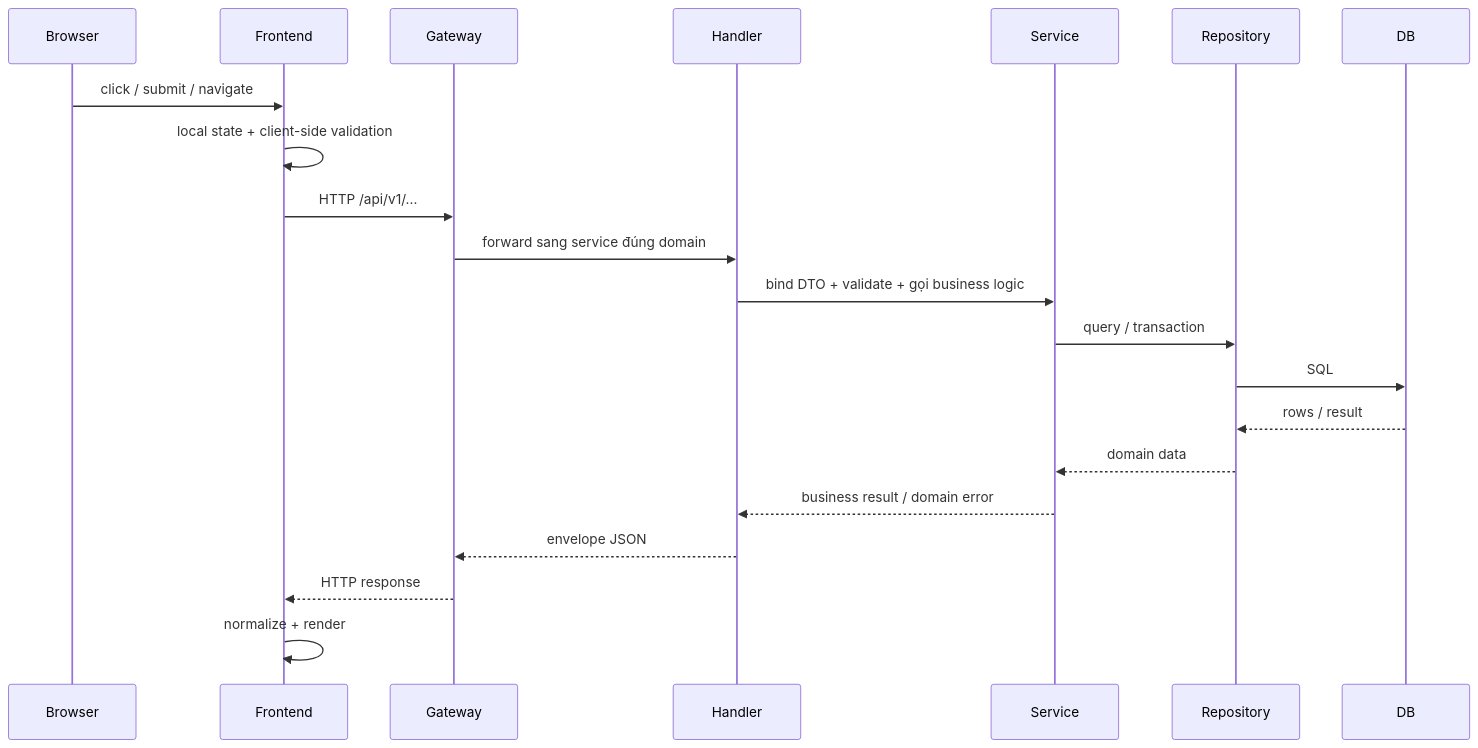
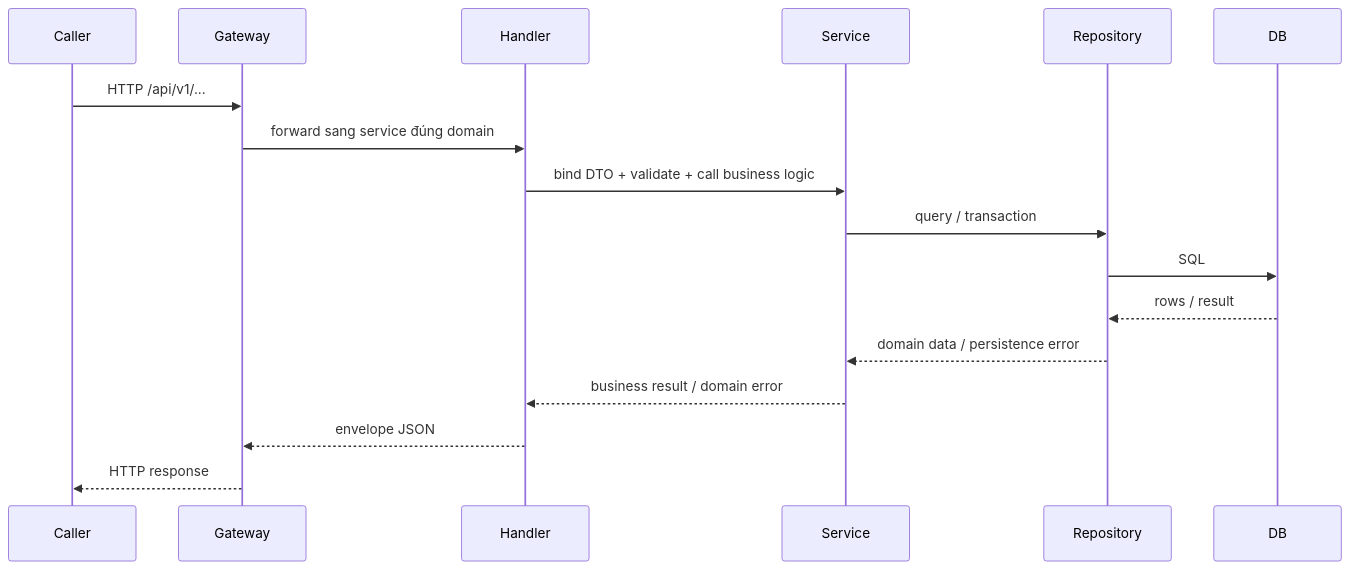
The second of 3 diagrams in LOGIC_FLOW.md (NguyenDung278/E-CommerceMicroservicesPlatform), drawn with Mermaid before and after one commit. The commit also changed other lines of this file and 7 other files, not shown here.

````diff
--- a/LOGIC_FLOW.md
+++ b/LOGIC_FLOW.md
@@ -131,24 +90,20 @@
 ```mermaid
 sequenceDiagram
-    participant Browser
-    participant Frontend
+    participant Caller
     participant Gateway
     participant Handler
     participant Service
     participant Repository
     participant DB
 
-    Browser->>Frontend: click / submit / navigate
-    Frontend->>Frontend: local state + client-side validation
-    Frontend->>Gateway: HTTP /api/v1/...
+    Caller->>Gateway: HTTP /api/v1/...
     Gateway->>Handler: forward sang service đúng domain
-    Handler->>Service: bind DTO + validate + gọi business logic
+    Handler->>Service: bind DTO + validate + call business logic
     Service->>Repository: query / transaction
     Repository->>DB: SQL
     DB-->>Repository: rows / result
-    Repository-->>Service: domain data
+    Repository-->>Service: domain data / persistence error
     Service-->>Handler: business result / domain error
     Handler-->>Gateway: envelope JSON
-    Gateway-->>Frontend: HTTP response
-    Frontend->>Frontend: normalize + render
+    Gateway-->>Caller: HTTP response
 ```
````
